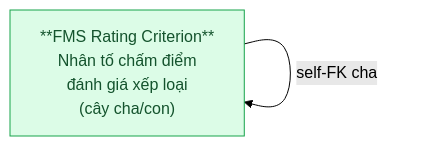
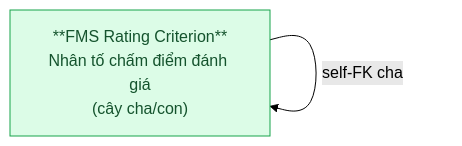
Diagram 14 of 16 in Silver/hld/FMS_HLD_Tier2.md (linhlvit/ubck_atomic_design), drawn with Mermaid (forest theme) before and after one commit. The commit also changed other lines of this file and 1 other file, not shown here.

Commit message:
HLD FMS Tier 2

````diff
--- a/Silver/hld/FMS_HLD_Tier2.md
+++ b/Silver/hld/FMS_HLD_Tier2.md
@@ -342,7 +324,7 @@
 ```mermaid
 graph LR
     classDef silver fill:#dcfce7,stroke:#16a34a,color:#14532d
 
-    RC["**FMS Rating Criterion**\nNhân tố chấm điểm\nđánh giá xếp loại\n(cây cha/con)"]:::silver
+    RC["**FMS Rating Criterion**\nNhân tố chấm điểm đánh giá\n(cây cha/con)"]:::silver
     RC -->|self-FK cha| RC
 ```
````
